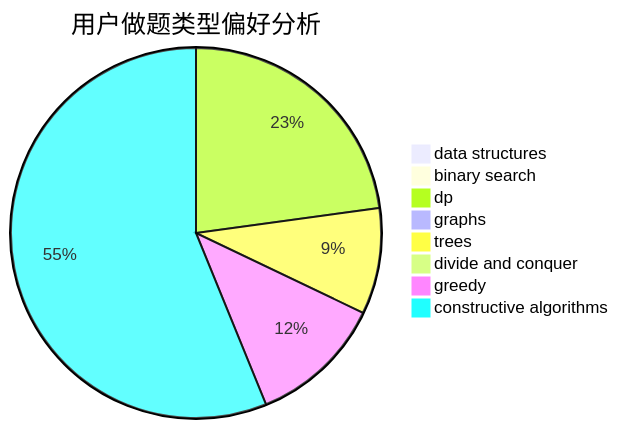
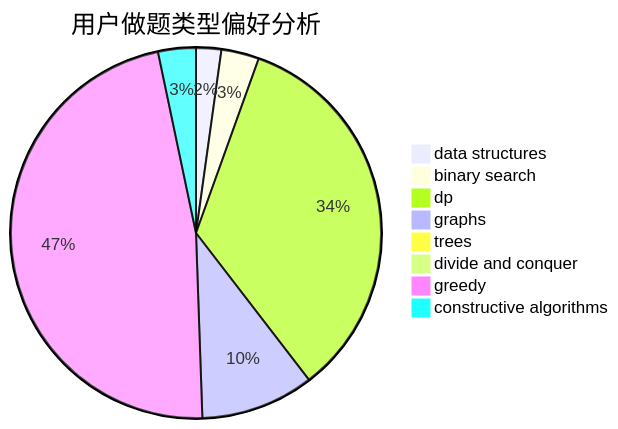
One commit to sherpahu/cfrs.github.io changed the second of 3 diagrams in docs/user/u1543.md. Above: the diagram before and after it, drawn with Mermaid. The commit also changed other lines of this file and 2770 other files, not shown here.

````diff
--- a/docs/user/u1543.md
+++ b/docs/user/u1543.md
@@ -23,11 +23,11 @@
 ```mermaid
 pie title 用户做题类型偏好分析
-    "data structures" :  0
-    "binary search" :  1
-    "dp" :  37
-    "graphs" :  1
-    "trees" :  15
+    "data structures" :  2
+    "binary search" :  3
+    "dp" :  31
+    "graphs" :  9
+    "trees" :  0
     "divide and conquer" :  0
-    "greedy" :  19
-    "constructive algorithms" :  91
+    "greedy" :  43
+    "constructive algorithms" :  3
 ```
````
